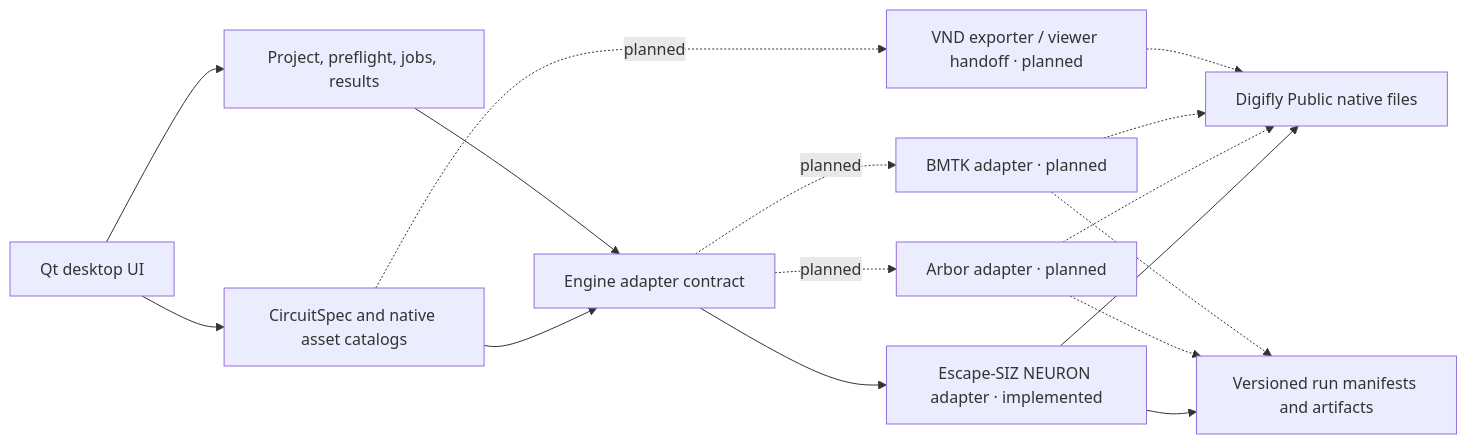
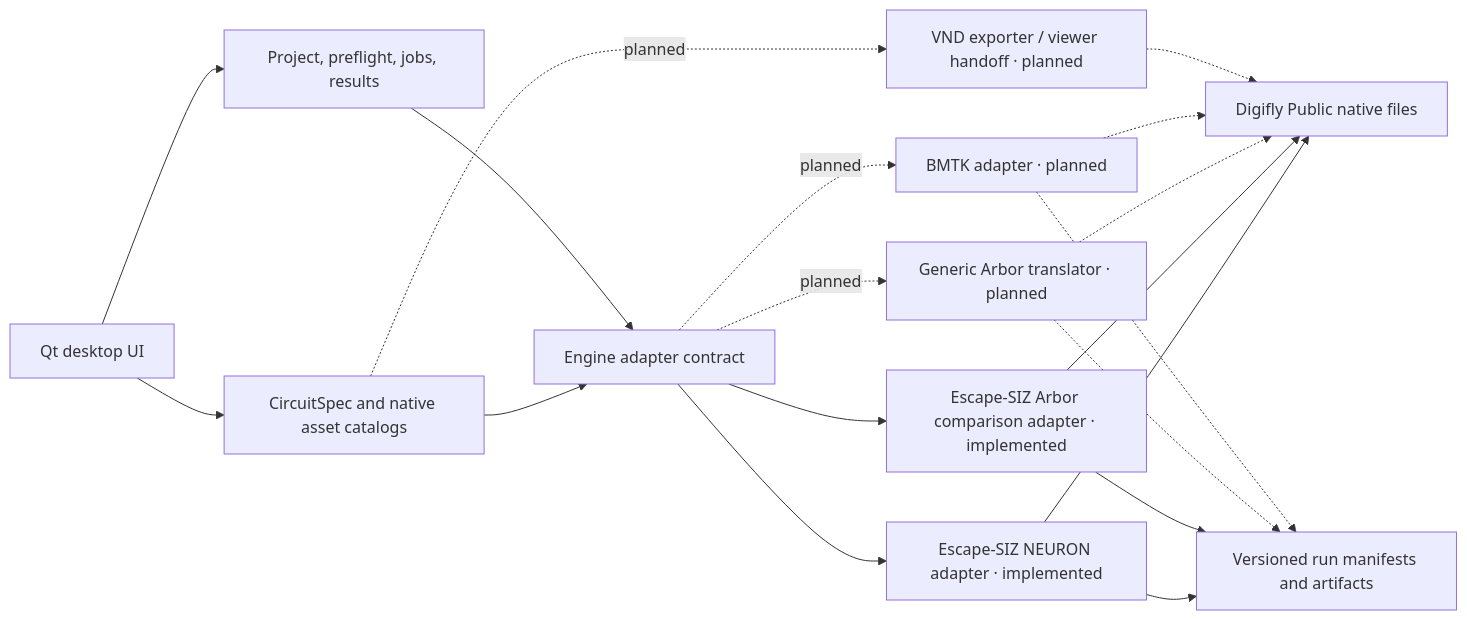
Before and after one commit to Saint-Sam/Digifly-Application: the diagram in docs/ARCHITECTURE.md, drawn with Mermaid. The commit also changed other lines of this file and 52 other files, not shown here.

````diff
--- a/docs/ARCHITECTURE.md
+++ b/docs/ARCHITECTURE.md
@@ -17,18 +18,21 @@
 ```mermaid
 flowchart LR
     UI[Qt desktop UI] --> DESIGN[CircuitSpec and native asset catalogs]
     UI --> CORE[Project, preflight, jobs, results]
     DESIGN --> CONTRACT
     CORE --> CONTRACT[Engine adapter contract]
     CONTRACT --> N[Escape-SIZ NEURON adapter · implemented]
-    CONTRACT -. planned .-> A[Arbor adapter · planned]
+    CONTRACT --> A[Escape-SIZ Arbor comparison adapter · implemented]
+    CONTRACT -. planned .-> GA[Generic Arbor translator · planned]
     CONTRACT -. planned .-> B[BMTK adapter · planned]
     DESIGN -. planned .-> V[VND exporter / viewer handoff · planned]
     N --> DP[Digifly Public native files]
-    A -.-> DP
+    A --> DP
+    GA -.-> DP
     B -.-> DP
     V -.-> DP
     N --> RUNS[Versioned run manifests and artifacts]
-    A -.-> RUNS
+    A --> RUNS
+    GA -.-> RUNS
     B -.-> RUNS
 ```
````
